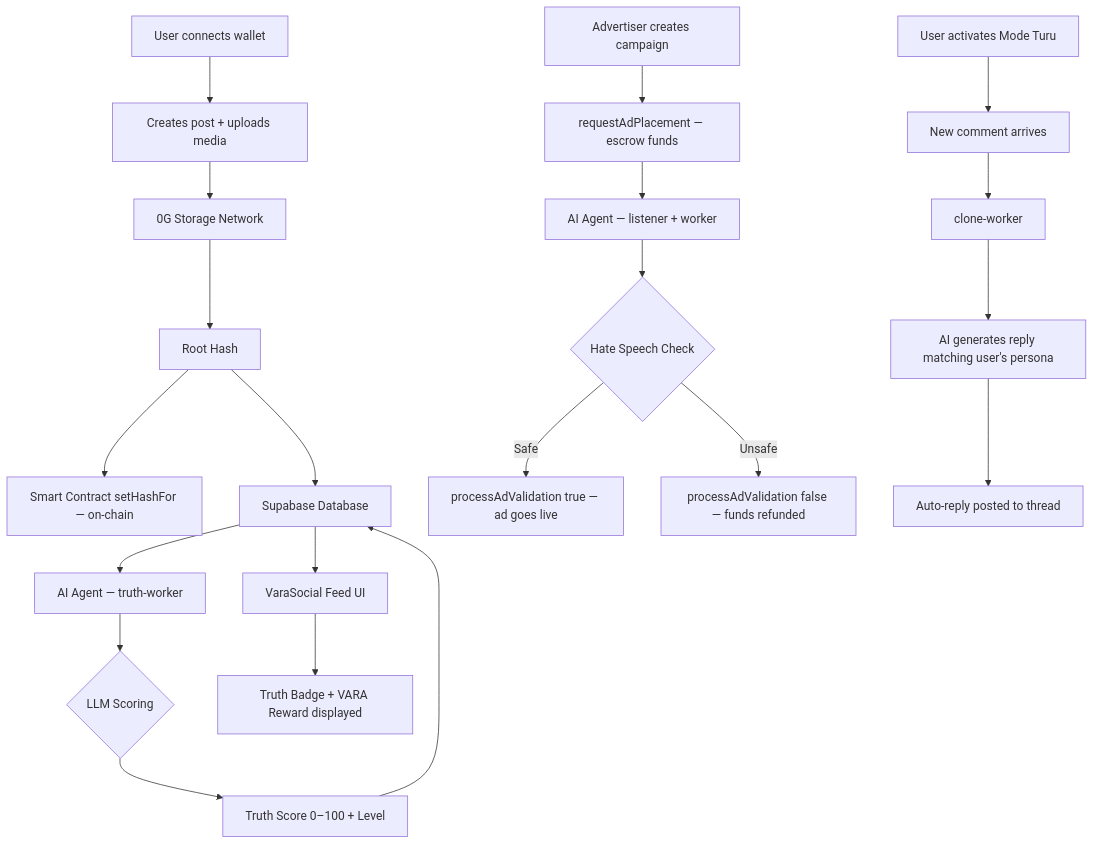
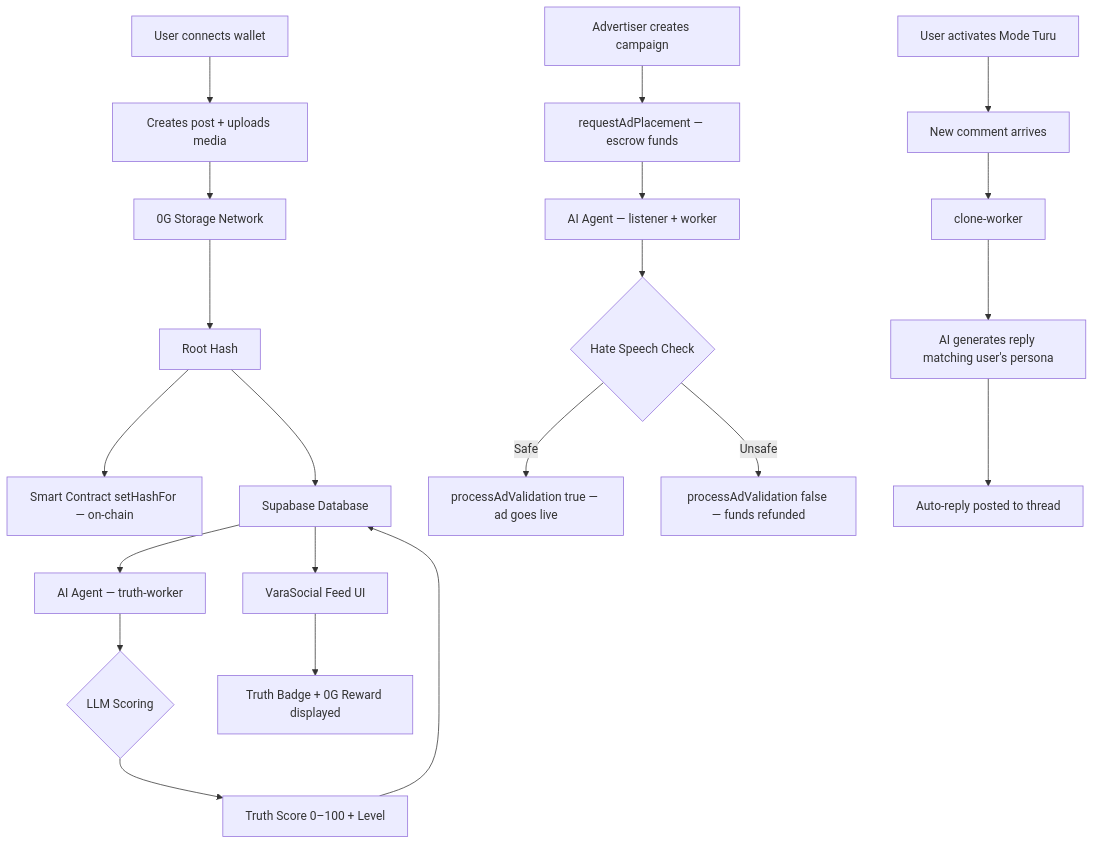
One commit to artomily/varasocial changed the diagram in README.md. Above: the diagram before and after it, drawn with Mermaid. The commit also changed other lines of this file, not shown here.

````diff
--- a/README.md
+++ b/README.md
@@ -144,25 +144,25 @@
 ```mermaid
 flowchart TD
   A[User connects wallet] --> B[Creates post + uploads media]
   B --> C[0G Storage Network]
   C --> D[Root Hash]
   D --> E[Smart Contract setHashFor — on-chain]
   D --> F[Supabase Database]
   F --> G[AI Agent — truth-worker]
   G --> H{LLM Scoring}
   H --> I[Truth Score 0–100 + Level]
   I --> F
   F --> J[VaraSocial Feed UI]
-  J --> K[Truth Badge + VARA Reward displayed]
+  J --> K[Truth Badge + 0G Reward displayed]
 
   L[Advertiser creates campaign] --> M[requestAdPlacement — escrow funds]
   M --> N[AI Agent — listener + worker]
   N --> O{Hate Speech Check}
   O -->|Safe| P[processAdValidation true — ad goes live]
   O -->|Unsafe| Q[processAdValidation false — funds refunded]
 
   R[User activates Mode Turu] --> S[New comment arrives]
   S --> T[clone-worker]
   T --> U[AI generates reply matching user's persona]
   U --> V[Auto-reply posted to thread]
 ```
````
